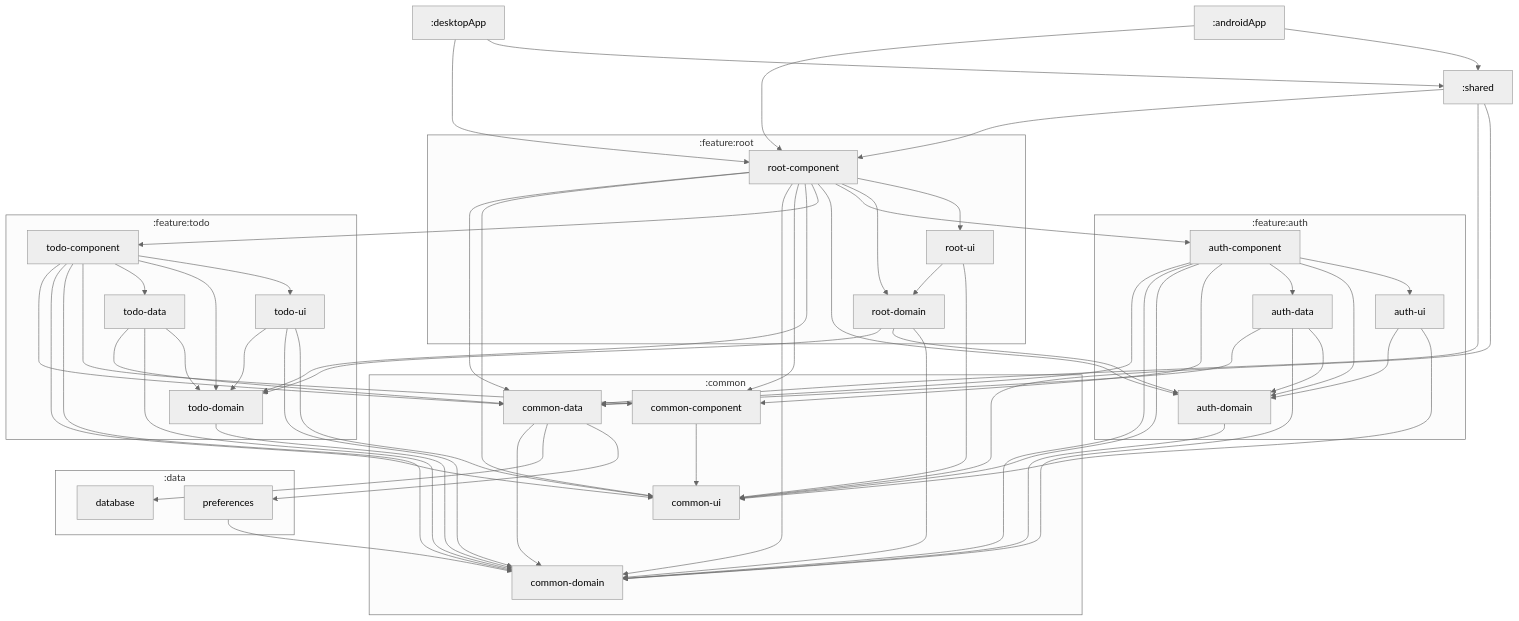
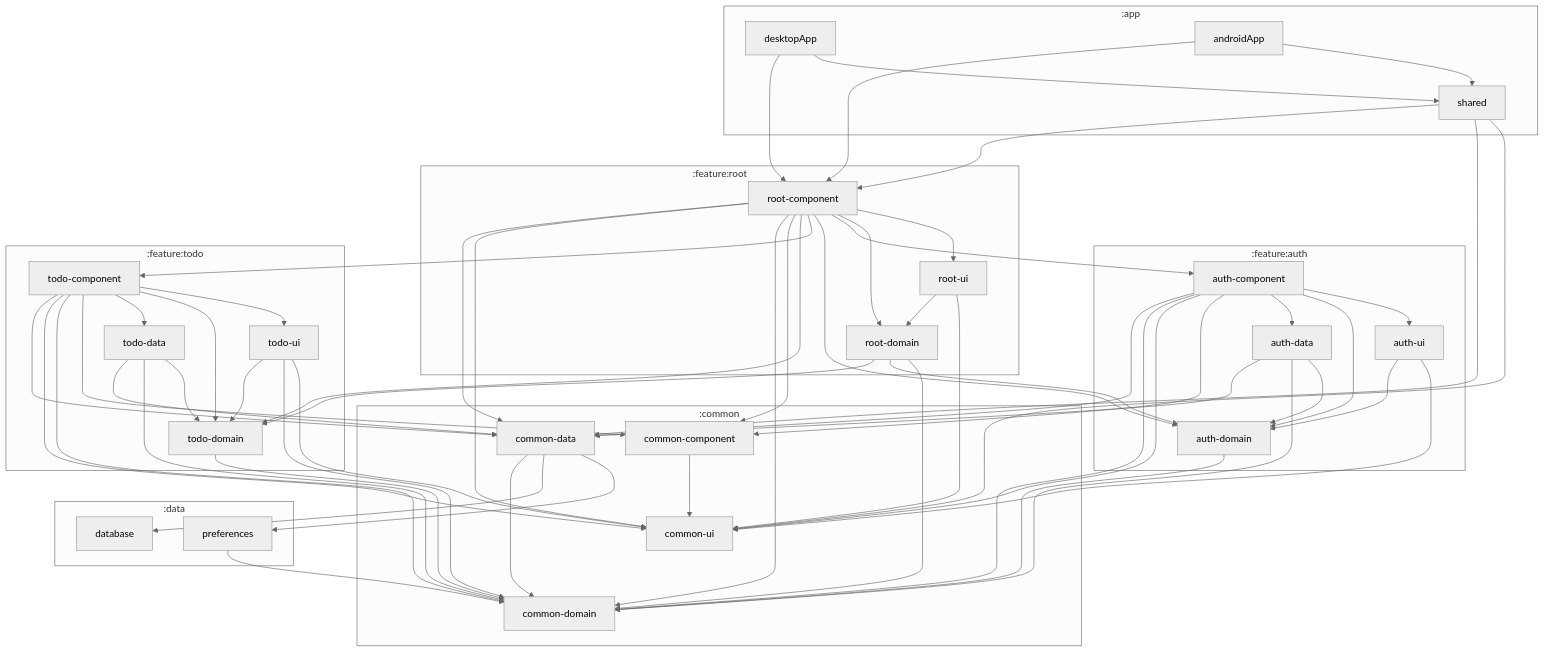
The diagram in README.MD (VasilyRylov/kmp-architecture-samples), drawn with Mermaid before and after one commit. The commit also changed 46 other files, not shown here.

```diff
--- a/README.MD
+++ b/README.MD
@@ -30,6 +30,11 @@
 }%%
 
 graph TB
+  subgraph :app
+    :app:desktopApp["desktopApp"]
+    :app:shared["shared"]
+    :app:androidApp["androidApp"]
+  end
   subgraph :common
     :common:common-component["common-component"]
     :common:common-domain["common-domain"]
@@ -69,6 +74,11 @@
   :feature:root:root-domain --> :common:common-domain
   :feature:root:root-domain --> :feature:auth:auth-domain
   :feature:root:root-domain --> :feature:todo:todo-domain
+  :app:desktopApp --> :app:shared
+  :app:desktopApp --> :feature:root:root-component
+  :app:shared --> :common:common-ui
+  :app:shared --> :common:common-data
+  :app:shared --> :feature:root:root-component
   :feature:auth:auth-component --> :feature:auth:auth-ui
   :feature:auth:auth-component --> :feature:auth:auth-domain
   :feature:auth:auth-component --> :feature:auth:auth-data
@@ -79,14 +89,11 @@
   :feature:auth:auth-data --> :feature:auth:auth-domain
   :feature:auth:auth-data --> :common:common-domain
   :feature:auth:auth-data --> :common:common-data
-  :shared --> :common:common-ui
-  :shared --> :common:common-data
-  :shared --> :feature:root:root-component
   :common:common-data --> :data:preferences
   :common:common-data --> :data:database
   :common:common-data --> :common:common-domain
-  :androidApp --> :shared
-  :androidApp --> :feature:root:root-component
+  :app:androidApp --> :app:shared
+  :app:androidApp --> :feature:root:root-component
   :feature:todo:todo-data --> :feature:todo:todo-domain
   :feature:todo:todo-data --> :common:common-domain
   :feature:todo:todo-data --> :common:common-data
@@ -103,8 +110,6 @@
   :feature:root:root-component --> :common:common-data
   :feature:auth:auth-domain --> :common:common-domain
   :common:common-component --> :common:common-ui
-  :desktopApp --> :shared
-  :desktopApp --> :feature:root:root-component
   :feature:todo:todo-ui --> :common:common-ui
   :feature:todo:todo-ui --> :common:common-domain
   :feature:todo:todo-ui --> :feature:todo:todo-domain
```
